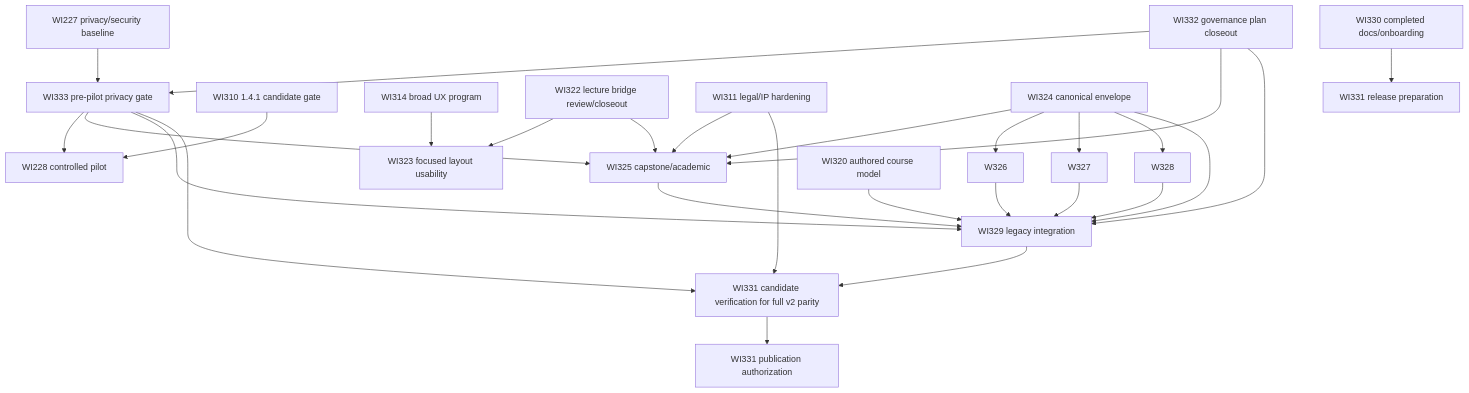
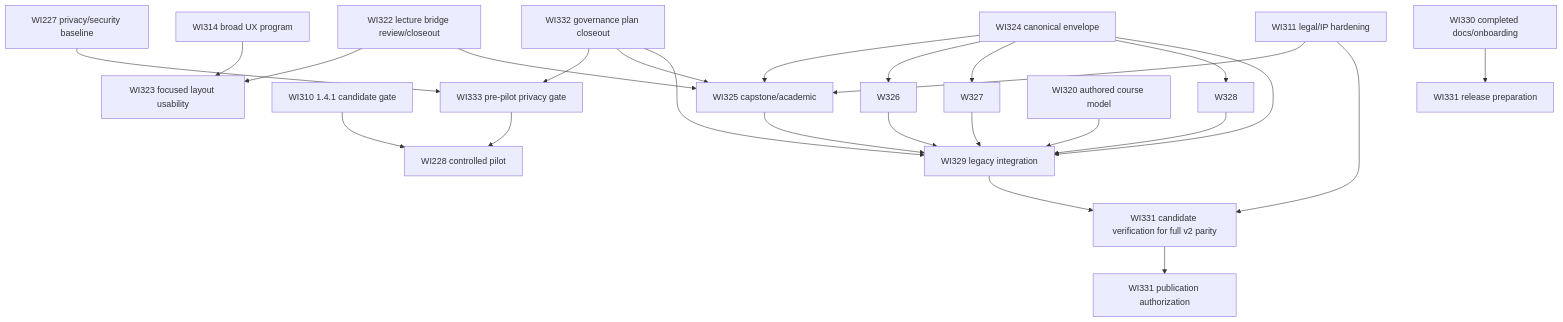
The diagram in governance/execution-roadmap.md (JeremyShows/skillforge-academy), drawn with Mermaid before and after one commit. The commit also changed other lines of this file and 6 other files, not shown here.

````diff
--- a/governance/execution-roadmap.md
+++ b/governance/execution-roadmap.md
@@ -162,30 +162,27 @@
 ```mermaid
 flowchart TD
   W227[WI227 privacy/security baseline] --> W333[WI333 pre-pilot privacy gate]
   W332[WI332 governance plan closeout] --> W333
   W333 --> W228[WI228 controlled pilot]
   W310[WI310 1.4.1 candidate gate] --> W228
   W314[WI314 broad UX program] --> W323[WI323 focused layout usability]
   W322[WI322 lecture bridge review/closeout] --> W323
   W311[WI311 legal/IP hardening] --> W325[WI325 capstone/academic]
   W322 --> W325
   W324[WI324 canonical envelope] --> W325
   W324 --> W326
   W324 --> W327
   W324 --> W328
   W332 --> W325
-  W333 --> W325
   W325 --> W329[WI329 legacy integration]
   W326 --> W329
   W327 --> W329
   W328 --> W329
   W324 --> W329
   W320[WI320 authored course model] --> W329
   W332 --> W329
-  W333 --> W329
   W330[WI330 completed docs/onboarding] --> W331[WI331 release preparation]
   W329 --> W331C[WI331 candidate verification for full v2 parity]
   W311 --> W331C
-  W333 --> W331C
   W331C --> W331P[WI331 publication authorization]
 ```
````
